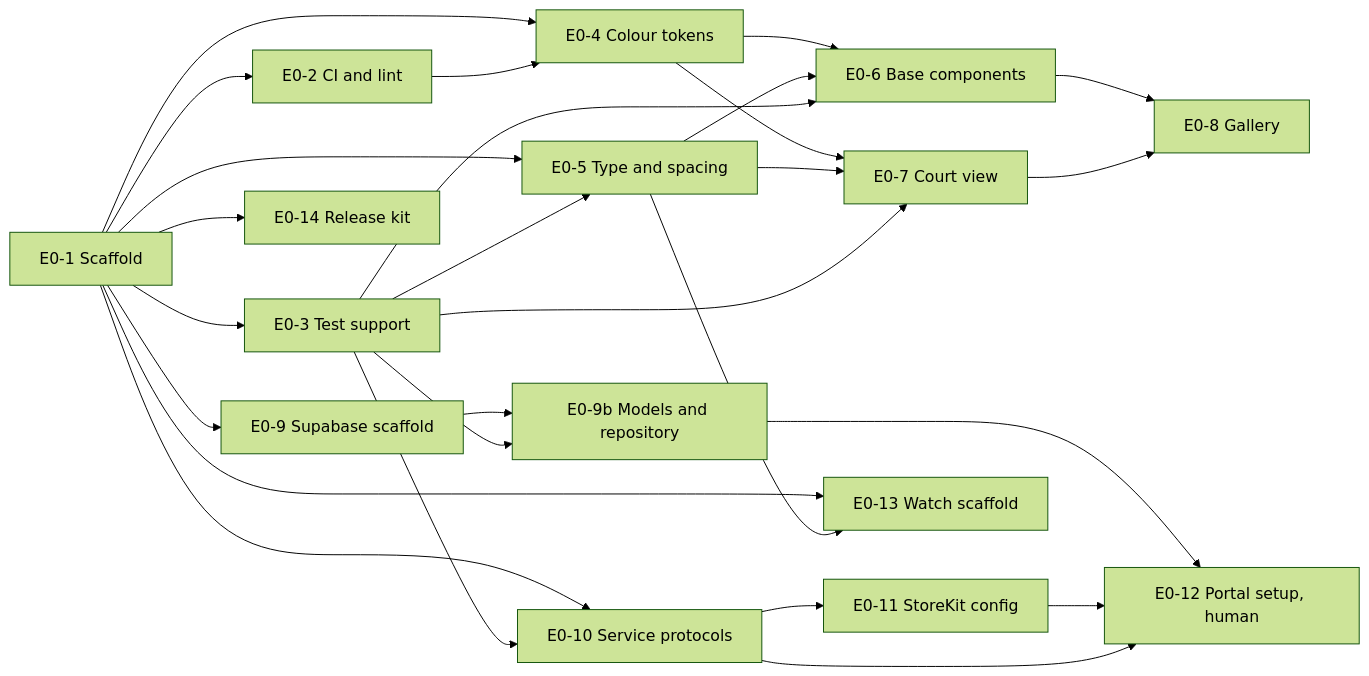
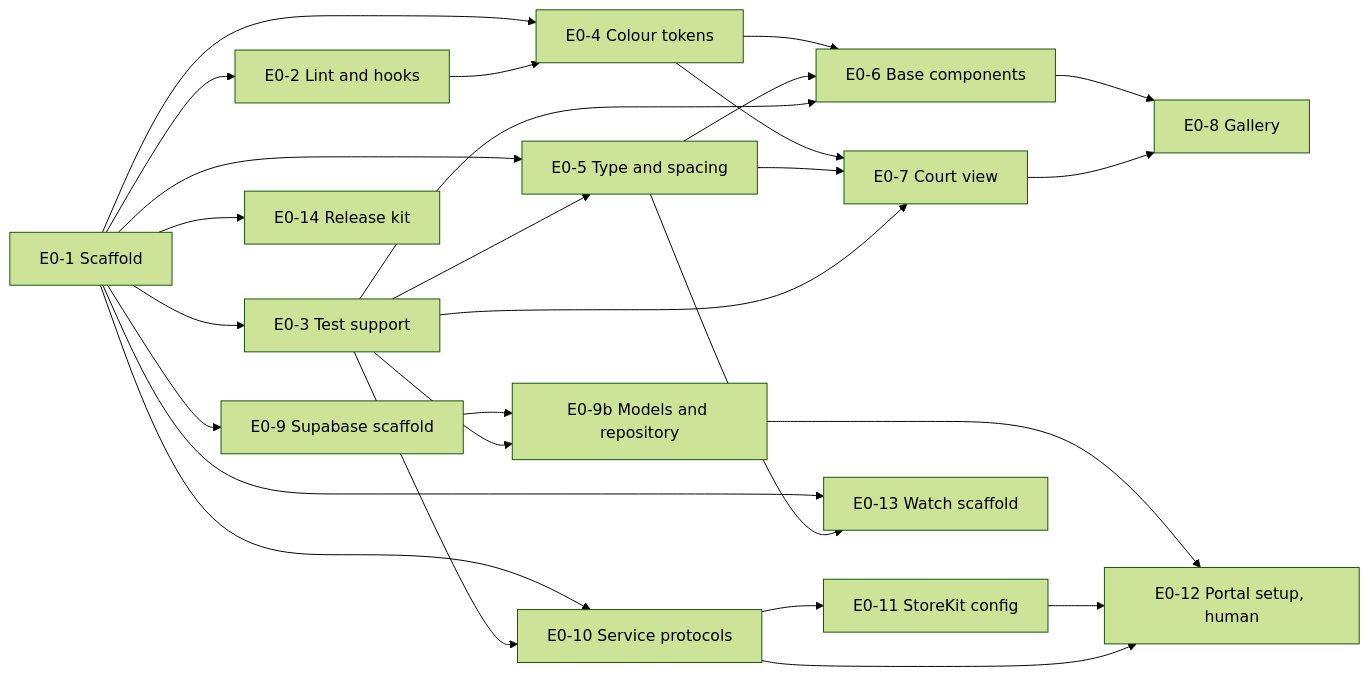
The diagram in docs/EPICS/EPIC-0.md (aaronmusa/chair), drawn with Mermaid (forest theme) before and after one commit. The commit also changed other lines of this file, not shown here.

````diff
--- a/docs/EPICS/EPIC-0.md
+++ b/docs/EPICS/EPIC-0.md
@@ -295,29 +294,29 @@
 ```mermaid
 flowchart LR
-  A[E0-1 Scaffold] --> B[E0-2 CI and lint]
+  A[E0-1 Scaffold] --> B[E0-2 Lint and hooks]
   A --> C[E0-3 Test support]
   A --> D[E0-4 Colour tokens]
   A --> E[E0-5 Type and spacing]
   D --> F[E0-6 Base components]
   E --> F
   D --> G[E0-7 Court view]
   E --> G
   F --> H[E0-8 Gallery]
   G --> H
   A --> I[E0-9 Supabase scaffold]
   I --> I2[E0-9b Models and repository]
   C --> I2
   A --> J[E0-10 Service protocols]
   C --> J
   J --> K[E0-11 StoreKit config]
   I2 --> L[E0-12 Portal setup, human]
   K --> L
   B --> D
   C --> E
   C --> F
   C --> G
   J --> L
   A --> M[E0-13 Watch scaffold]
   E --> M
   A --> N[E0-14 Release kit]
 ```
````
